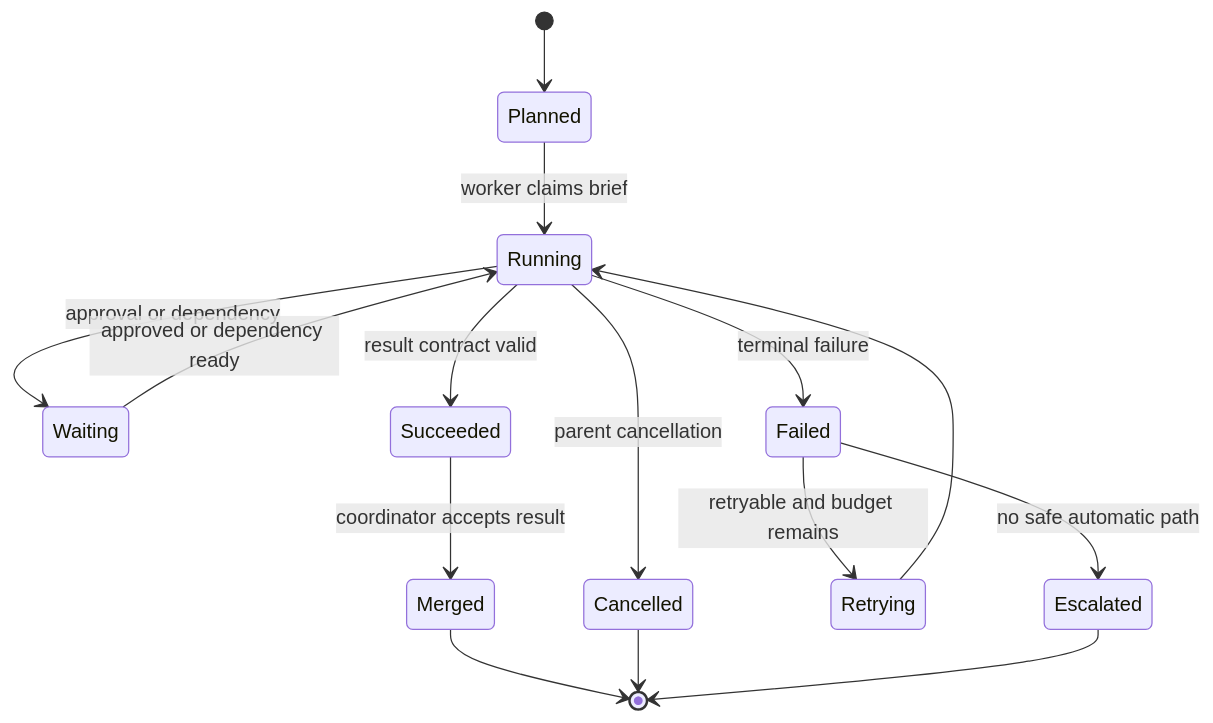
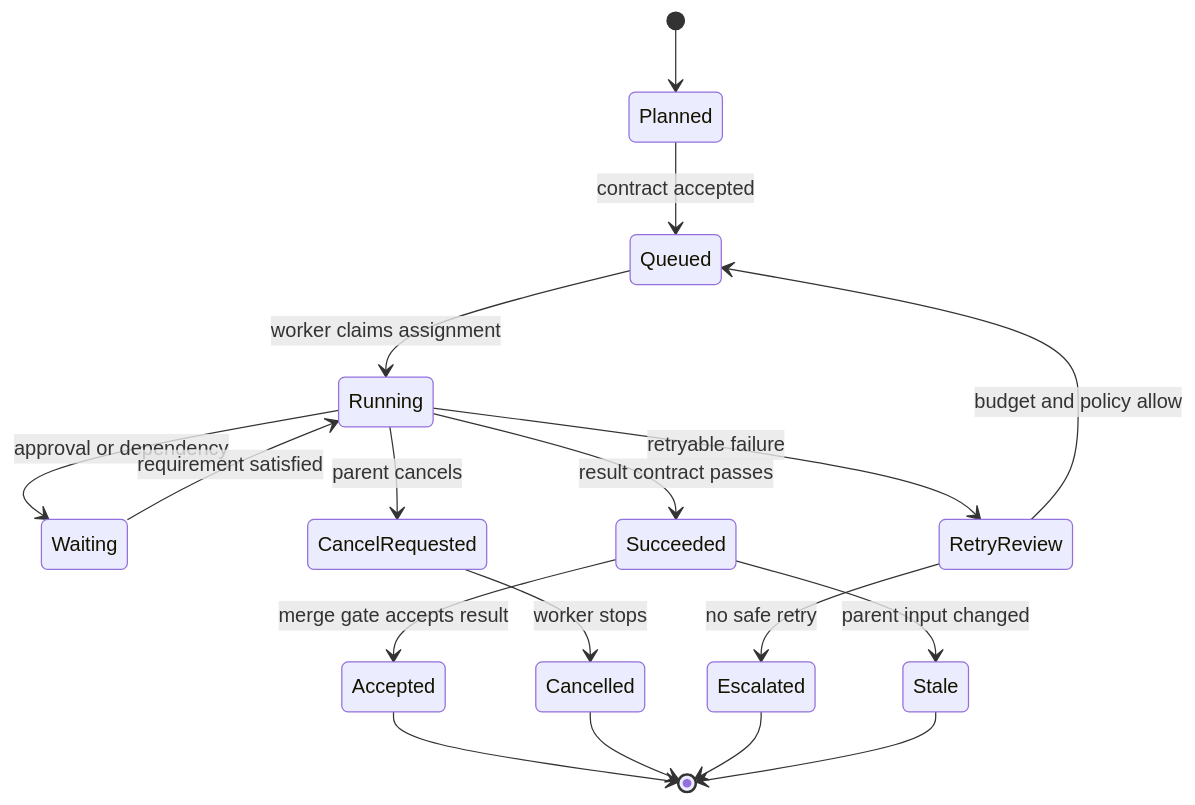
Before and after one commit to senlinyy/dev-roadmaps: the sixth of 11 diagrams in roadmaps/mlops/modules/llmops/skills-and-workflows/02-subagents-and-handoffs.md, drawn with Mermaid. The commit also changed other lines of this file and 198 other files, not shown here.

````diff
--- a/roadmaps/mlops/modules/llmops/skills-and-workflows/02-subagents-and-handoffs.md
+++ b/roadmaps/mlops/modules/llmops/skills-and-workflows/02-subagents-and-handoffs.md
@@ -97,17 +335,20 @@
 ```mermaid
 stateDiagram-v2
     [*] --> Planned
-    Planned --> Running: worker claims brief
+    Planned --> Queued: contract accepted
+    Queued --> Running: worker claims assignment
     Running --> Waiting: approval or dependency
-    Waiting --> Running: approved or dependency ready
-    Running --> Succeeded: result contract valid
-    Running --> Failed: terminal failure
-    Running --> Cancelled: parent cancellation
-    Succeeded --> Merged: coordinator accepts result
-    Failed --> Retrying: retryable and budget remains
-    Retrying --> Running
-    Failed --> Escalated: no safe automatic path
-    Merged --> [*]
+    Waiting --> Running: requirement satisfied
+    Running --> Succeeded: result contract passes
+    Running --> RetryReview: retryable failure
+    Running --> CancelRequested: parent cancels
+    RetryReview --> Queued: budget and policy allow
+    RetryReview --> Escalated: no safe retry
+    CancelRequested --> Cancelled: worker stops
+    Succeeded --> Accepted: merge gate accepts result
+    Succeeded --> Stale: parent input changed
+    Accepted --> [*]
     Cancelled --> [*]
     Escalated --> [*]
+    Stale --> [*]
 ```
````
